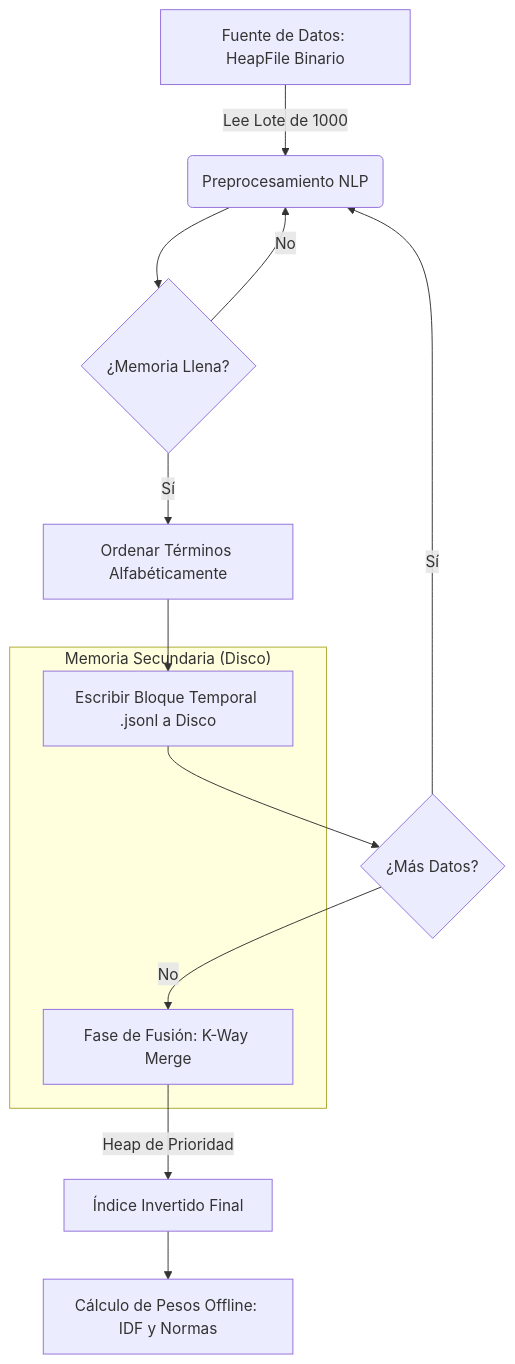
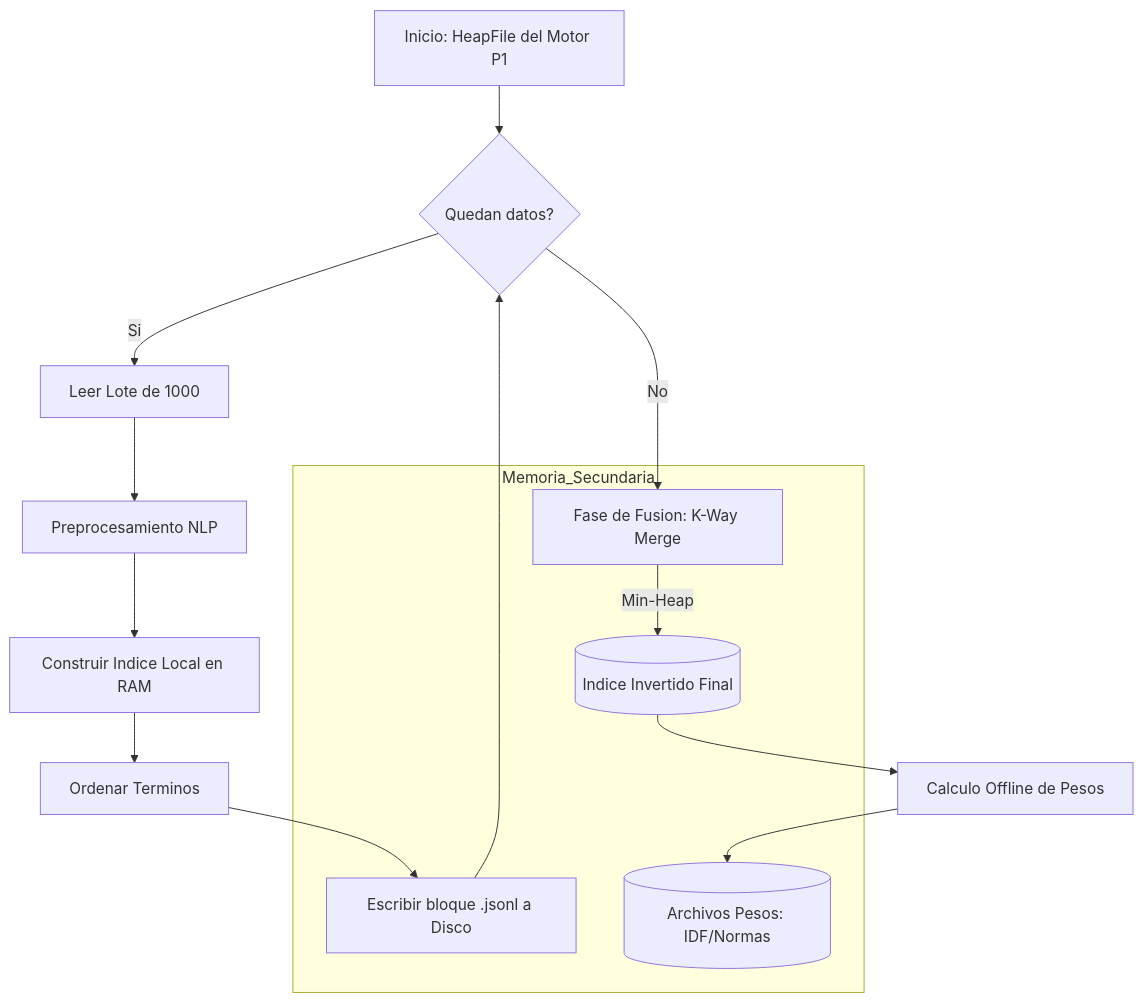
Before and after one commit to 2030Gian/bd: the diagram in README.md, drawn with Mermaid.

````diff
--- a/README.md
+++ b/README.md
@@ -23,19 +23,27 @@
 ```mermaid
 graph TD
-    A[Fuente de Datos: HeapFile Binario] -->|Lee Lote de 1000| B(Preprocesamiento NLP)
-    B --> C{¿Memoria Llena?}
-    C -- No --> B
-    C -- Sí --> D[Ordenar Términos Alfabéticamente]
-    D --> E[Escribir Bloque Temporal .jsonl a Disco]
-    E --> F{¿Más Datos?}
-    F -- Sí --> B
-    F -- No --> G[Fase de Fusión: K-Way Merge]
+    A[Inicio: HeapFile del Motor P1] --> B{Quedan datos?}
     
-    subgraph "Memoria Secundaria (Disco)"
-    E
-    G
+    %% Bucle
+    B -->|Si| C[Leer Lote de 1000]
+    C --> D[Preprocesamiento NLP]
+    D --> E[Construir Indice Local en RAM]
+    E --> F[Ordenar Terminos]
+    F --> G[Escribir bloque .jsonl a Disco]
+    G --> B
+    
+    %% Salida del Bucle
+    B -->|No| H[Fase de Fusion: K-Way Merge]
+    
+    %% Subgrafo para representar el disco
+    subgraph Memoria_Secundaria
+        G
+        H
+        I[(Indice Invertido Final)]
+        J[(Archivos Pesos: IDF/Normas)]
     end
     
-    G -->|Heap de Prioridad| H[Índice Invertido Final]
-    H --> I[Cálculo de Pesos Offline: IDF y Normas]
+    H -->|Min-Heap| I
+    I --> K[Calculo Offline de Pesos]
+    K --> J
 ```
````
